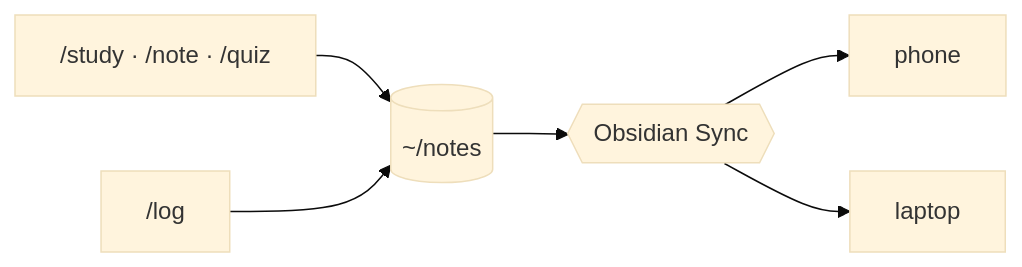
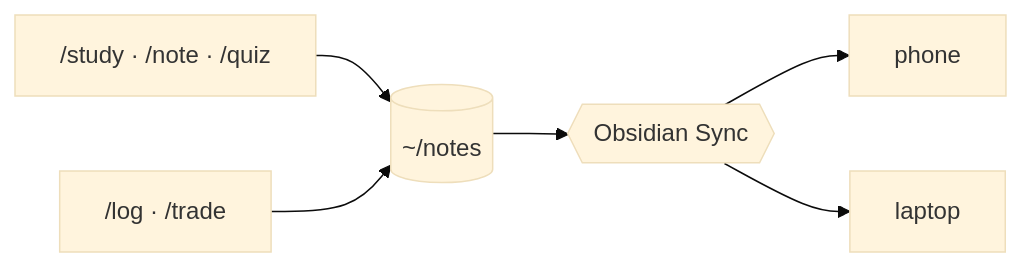
The diagram in README.md (dannhh/danwiththehat-skills), drawn with Mermaid (base theme) before and after one commit. The commit also changed other lines of this file and 7 other files, not shown here.

````diff
--- a/README.md
+++ b/README.md
@@ -97,8 +99,8 @@
 ```mermaid
 flowchart LR
     A["/study · /note · /quiz"] --> V[("~/notes")]
-    B["/log"] --> V
+    B["/log · /trade"] --> V
     V --> S{{Obsidian Sync}}
     S --> M["phone"]
     S --> L["laptop"]
 ```
````
